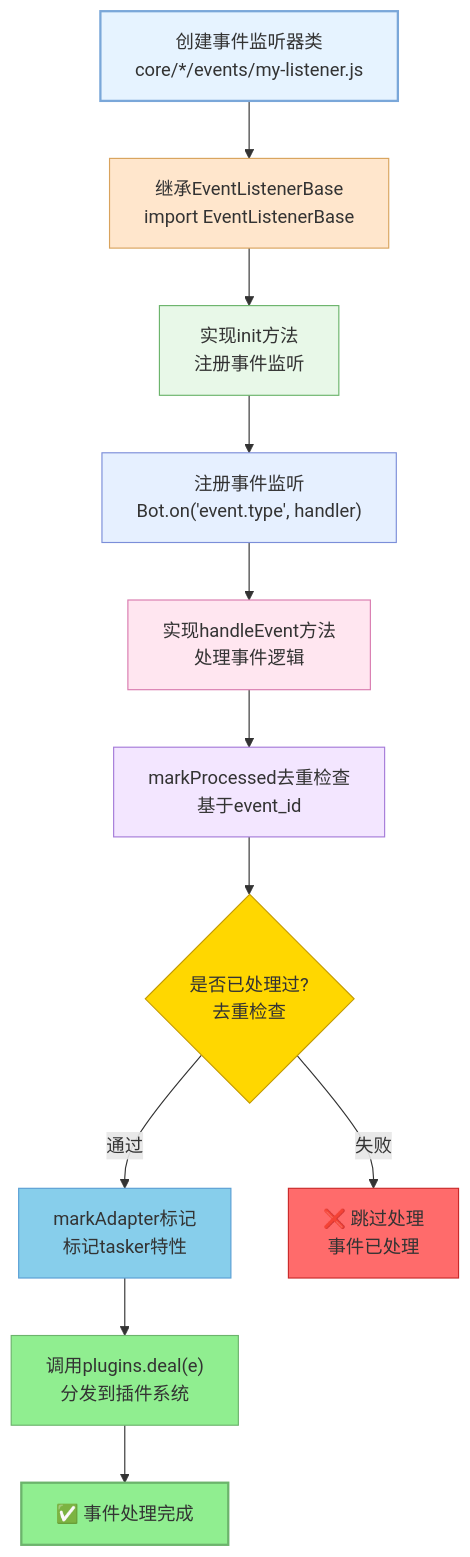
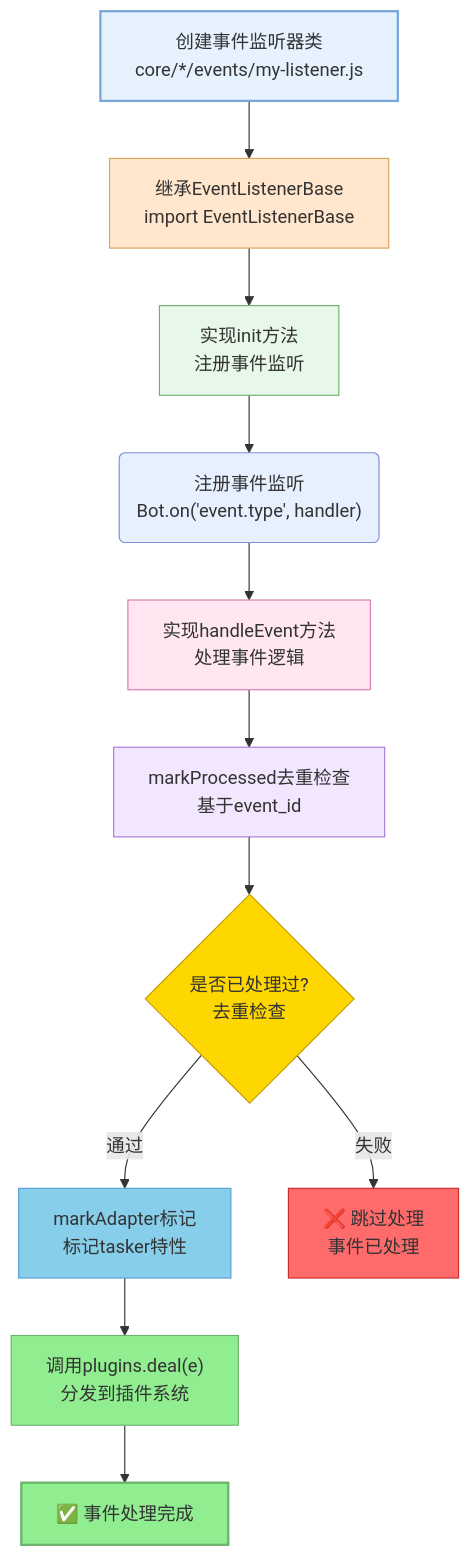
The fourth of 4 diagrams in docs/事件系统标准化文档.md (sunflowermm/XRK-AGT), drawn with Mermaid before and after one commit. The commit also changed 9 other files, not shown here.

````diff
--- a/docs/事件系统标准化文档.md
+++ b/docs/事件系统标准化文档.md
@@ -180,25 +180,25 @@
 ```mermaid
 flowchart TB
     A["创建事件监听器类<br/>core/*/events/my-listener.js"] --> B["继承EventListenerBase<br/>import EventListenerBase"]
     B --> C["实现init方法<br/>注册事件监听"]
-    C --> D["注册事件监听<br/>Bot.on('event.type', handler)"]
+    C --> D("注册事件监听<br/>Bot.on('event.type', handler)")
     D --> E["实现handleEvent方法<br/>处理事件逻辑"]
     E --> F["markProcessed去重检查<br/>基于event_id"]
     F --> G{"是否已处理过?<br/>去重检查"}
     G -->|通过| H["markAdapter标记<br/>标记tasker特性"]
     G -->|失败| I["❌ 跳过处理<br/>事件已处理"]
     H --> J["调用plugins.deal(e)<br/>分发到插件系统"]
     J --> K["✅ 事件处理完成"]
     
     style A fill:#E6F3FF,stroke:#7AA7D9,stroke-width:2px
     style B fill:#FFE6CC,stroke:#D9A35D
     style C fill:#E8F8E8,stroke:#6CB46C
     style D fill:#E6F0FF,stroke:#7B8ED9
     style E fill:#FFE6F0,stroke:#D97BAF
     style F fill:#F3E6FF,stroke:#A57BD9
     style G fill:#FFD700,stroke:#C49A00
     style H fill:#87CEEB,stroke:#5A9FD4
     style I fill:#FF6B6B,stroke:#C92A2A
     style J fill:#90EE90,stroke:#6CB46C
     style K fill:#90EE90,stroke:#6CB46C,stroke-width:2px
 ```
````
